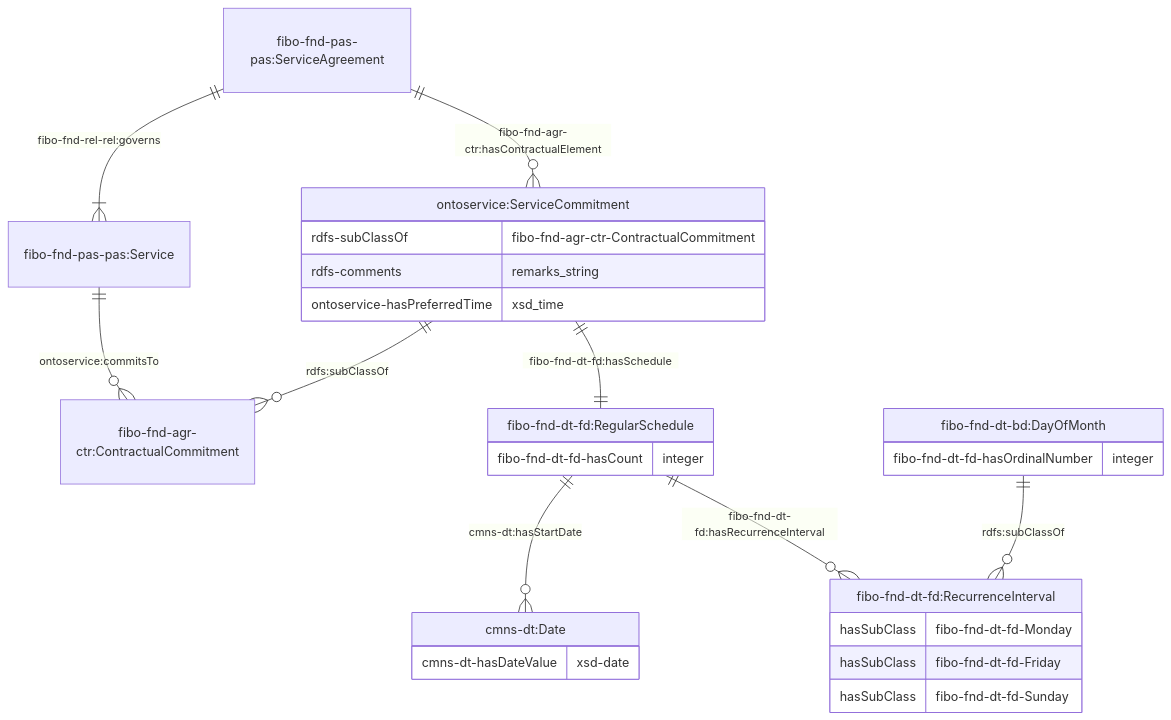
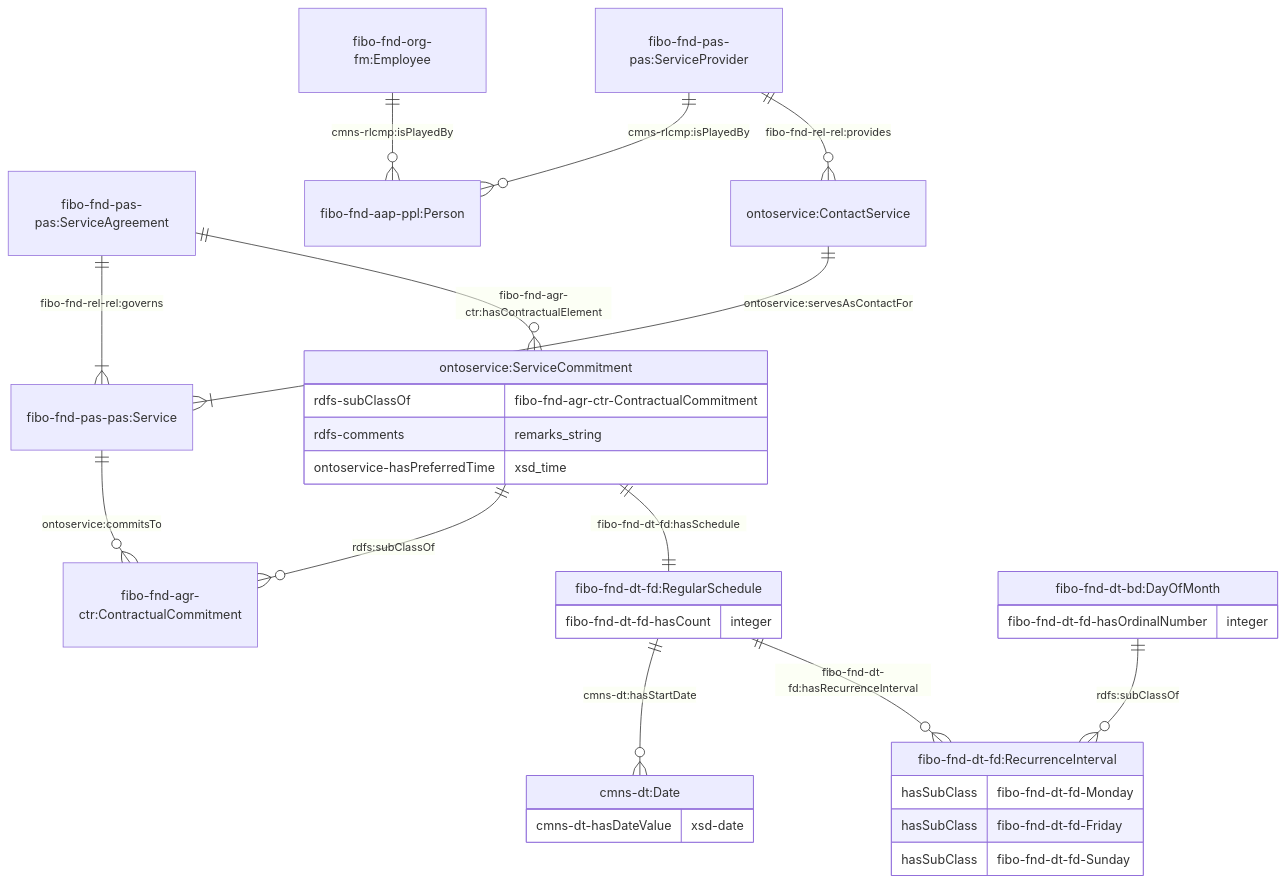
The third of 5 diagrams in JPS_Ontology/ontology/ontoservice/README.md (cambridge-cares/TheWorldAvatar), drawn with Mermaid before and after one commit. The commit also changed other lines of this file and 2 other files, not shown here.

Commit message:
dev_ontoservice: Added contact services by the client, for the service provided in the service agreement if required

````diff
--- a/JPS_Ontology/ontology/ontoservice/README.md
+++ b/JPS_Ontology/ontology/ontoservice/README.md
@@ -126,33 +128,38 @@
 ```mermaid
     erDiagram
     "fibo-fnd-pas-pas:ServiceAgreement" ||--|{ "fibo-fnd-pas-pas:Service" : "fibo-fnd-rel-rel:governs"
+    "fibo-fnd-org-fm:Employee" ||--o{ "fibo-fnd-aap-ppl:Person"  : "cmns-rlcmp:isPlayedBy"
+    "fibo-fnd-pas-pas:ServiceProvider" ||--o{ "fibo-fnd-aap-ppl:Person"  : "cmns-rlcmp:isPlayedBy"
+    "fibo-fnd-pas-pas:ServiceProvider" ||--o{ "ontoservice:ContactService"  : "fibo-fnd-rel-rel:provides"
+    "ontoservice:ContactService" ||--|{ "fibo-fnd-pas-pas:Service" : "ontoservice:servesAsContactFor"
+
     "fibo-fnd-pas-pas:ServiceAgreement" ||--o{ "ontoservice:ServiceCommitment" : "fibo-fnd-agr-ctr:hasContractualElement"
     "ontoservice:ServiceCommitment" ||--o{ "fibo-fnd-agr-ctr:ContractualCommitment" : "rdfs:subClassOf"
     "fibo-fnd-pas-pas:Service" ||--o{ "fibo-fnd-agr-ctr:ContractualCommitment" : "ontoservice:commitsTo"
 
     "ontoservice:ServiceCommitment" {
         rdfs-subClassOf fibo-fnd-agr-ctr-ContractualCommitment
         rdfs-comments remarks_string
         ontoservice-hasPreferredTime xsd_time
     }
 
     "ontoservice:ServiceCommitment" ||--|| "fibo-fnd-dt-fd:RegularSchedule" : "fibo-fnd-dt-fd:hasSchedule"
      "fibo-fnd-dt-fd:RegularSchedule" {
         fibo-fnd-dt-fd-hasCount integer
     }
     "fibo-fnd-dt-fd:RegularSchedule" ||--o{ "cmns-dt:Date" : "cmns-dt:hasStartDate"
     "cmns-dt:Date" {
         cmns-dt-hasDateValue xsd-date
     }
 
     "fibo-fnd-dt-fd:RegularSchedule" ||--o{ "fibo-fnd-dt-fd:RecurrenceInterval" : "fibo-fnd-dt-fd:hasRecurrenceInterval"
     "fibo-fnd-dt-fd:RecurrenceInterval" {
         hasSubClass fibo-fnd-dt-fd-Monday
         hasSubClass fibo-fnd-dt-fd-Friday
         hasSubClass fibo-fnd-dt-fd-Sunday
     }
     "fibo-fnd-dt-bd:DayOfMonth" ||--o{ "fibo-fnd-dt-fd:RecurrenceInterval" : "rdfs:subClassOf"
     "fibo-fnd-dt-bd:DayOfMonth" {
         fibo-fnd-dt-fd-hasOrdinalNumber integer
     }
 ```
````
